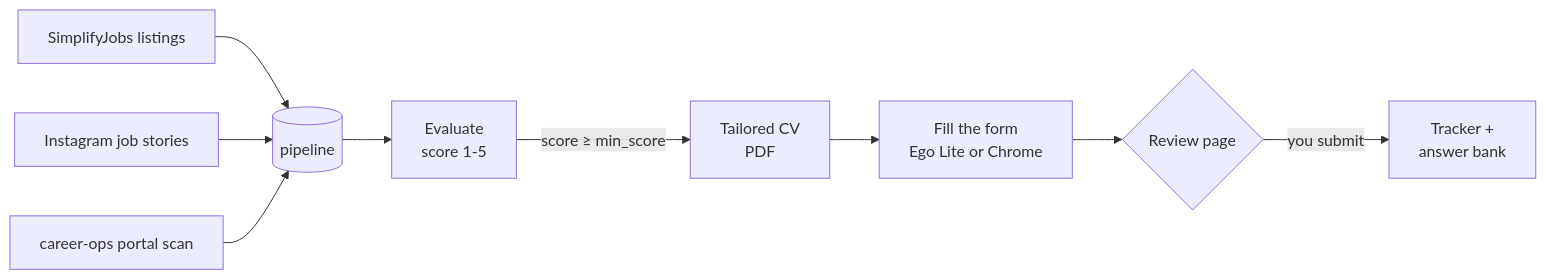
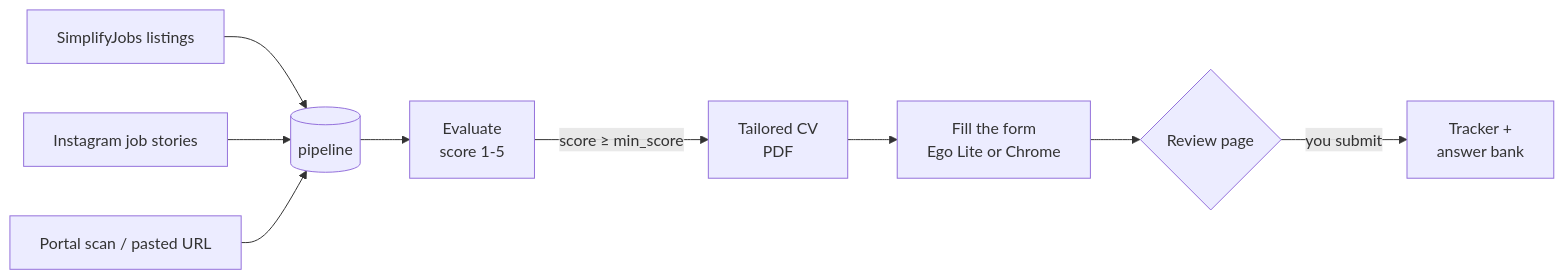
Before and after one commit to stericishere/autojobs: the diagram in README.md, drawn with Mermaid. The commit also changed other lines of this file, not shown here.

````diff
--- a/README.md
+++ b/README.md
@@ -23,11 +41,11 @@
 ```mermaid
 flowchart LR
   S[SimplifyJobs listings] --> P[(pipeline)]
   I[Instagram job stories] --> P
-  C[career-ops portal scan] --> P
+  C[Portal scan / pasted URL] --> P
   P --> E[Evaluate<br/>score 1-5]
   E -->|score ≥ min_score| T[Tailored CV<br/>PDF]
   T --> F[Fill the form<br/>Ego Lite or Chrome]
   F --> R{Review page}
   R -->|you submit| K[Tracker +<br/>answer bank]
 ```
````
